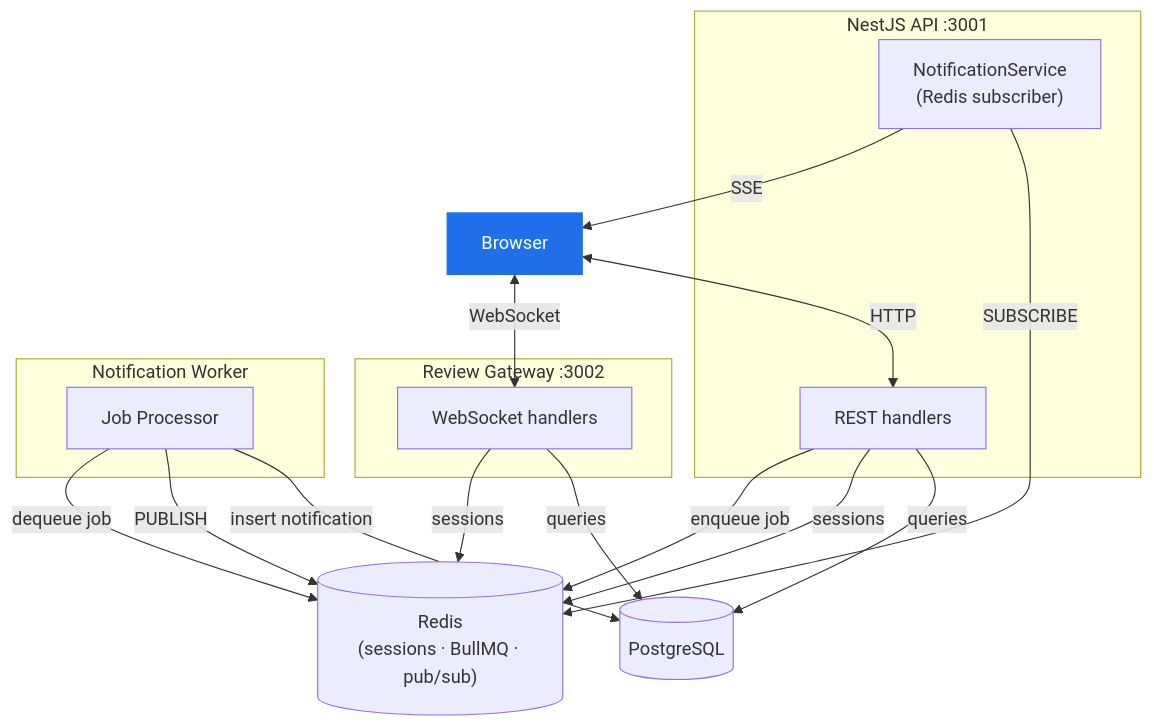
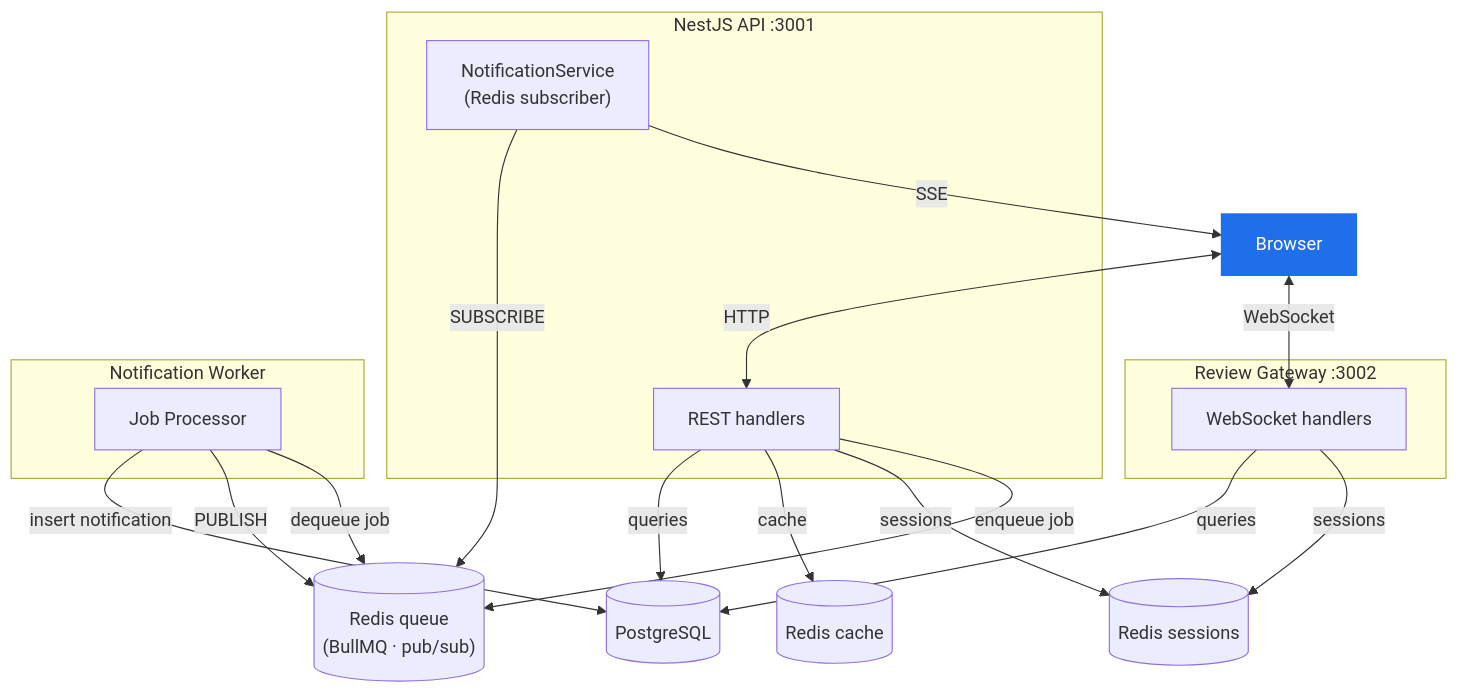
The first of 2 diagrams in readme.md (Andrei0872/decentdebates), drawn with Mermaid before and after one commit. The commit also changed other lines of this file and 21 other files, not shown here.

Commit message:
feat: add 3 instances of redis -- cache + sessions + queue

````diff
--- a/readme.md
+++ b/readme.md
@@ -52,39 +55,42 @@
 ```mermaid
 graph TB
     Browser
 
     subgraph NEST ["NestJS API :3001"]
         API["REST handlers"]
         NS["NotificationService\n(Redis subscriber)"]
     end
 
     subgraph GWS ["Review Gateway :3002"]
         GW["WebSocket handlers"]
     end
 
     subgraph WORKER ["Notification Worker"]
         NW["Job Processor"]
     end
 
-    Redis[("Redis\n(sessions · BullMQ · pub/sub)")]
+    RS[("Redis sessions")]
+    RQ[("Redis queue\n(BullMQ · pub/sub)")]
+    RC[("Redis cache")]
     PG[("PostgreSQL")]
 
     Browser <-->|HTTP| API
     Browser <-->|WebSocket| GW
     NS -->|SSE| Browser
 
-    API -->|enqueue job| Redis
-    API -->|sessions| Redis
+    API -->|enqueue job| RQ
+    API -->|sessions| RS
+    API -->|cache| RC
     API -->|queries| PG
 
-    GW -->|sessions| Redis
+    GW -->|sessions| RS
     GW -->|queries| PG
 
-    NW -->|dequeue job| Redis
-    NW -->|PUBLISH| Redis
+    NW -->|dequeue job| RQ
+    NW -->|PUBLISH| RQ
     NW -->|insert notification| PG
 
-    NS -->|SUBSCRIBE| Redis
+    NS -->|SUBSCRIBE| RQ
 
     style Browser fill:#1f6feb,color:#fff,stroke:#1f6feb
 ```
````
